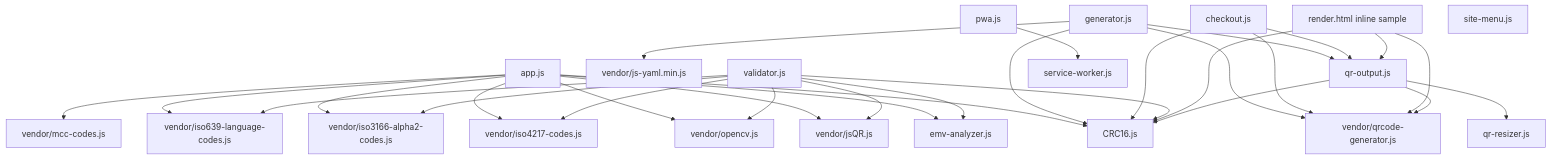
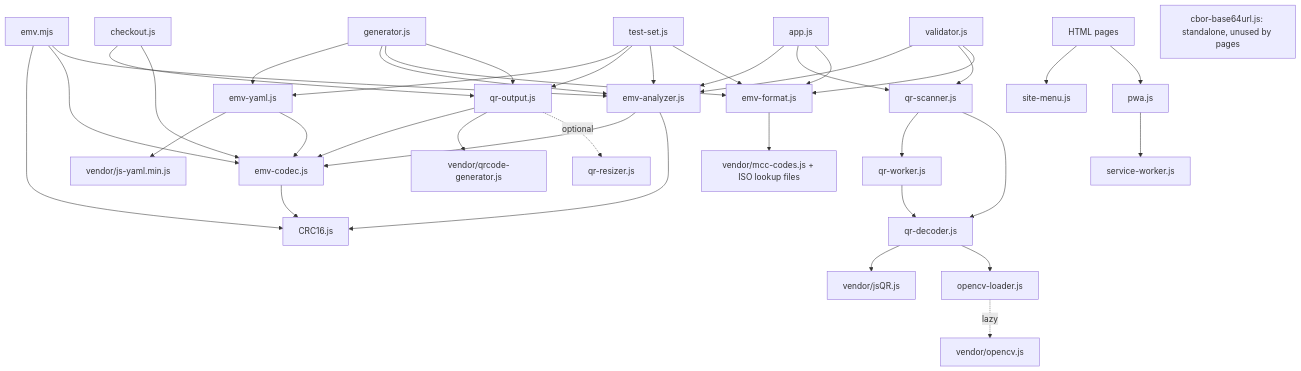
One commit to tontg/merchant-presented-qr changed the diagram in README.md. Above: the diagram before and after it, drawn with Mermaid. The commit also changed other lines of this file and 62 other files, not shown here.

````diff
--- a/README.md
+++ b/README.md
@@ -376,40 +510,41 @@
 ```mermaid
 graph TD
-  app["app.js"] --> analyzer["emv-analyzer.js"]
-  app --> crc["CRC16.js"]
-  app --> jsqr["vendor/jsQR.js"]
-  app --> opencv["vendor/opencv.js"]
-  app --> mcc["vendor/mcc-codes.js"]
-  app --> iso4217["vendor/iso4217-codes.js"]
-  app --> iso3166["vendor/iso3166-alpha2-codes.js"]
-  app --> iso639["vendor/iso639-language-codes.js"]
-
-  generator["generator.js"] --> yaml["vendor/js-yaml.min.js"]
-  generator --> renderapi["qr-output.js"]
-  generator --> crc
-  generator --> qrgen["vendor/qrcode-generator.js"]
-
-  checkout["checkout.js"] --> renderapi
-  checkout --> crc
-  checkout --> qrgen
-
-  validator["validator.js"] --> analyzer
-  validator --> crc
-  validator --> jsqr
-  validator --> opencv
-  validator --> iso4217
-  validator --> iso3166
-  validator --> iso639
-
-  renderpage["render.html inline sample"] --> renderapi
-  renderpage --> crc
-  renderpage --> qrgen
-
-  renderapi --> crc
-  renderapi --> qrgen
-  renderapi --> resize["qr-resizer.js"]
-
-  pwa["pwa.js"] --> sw["service-worker.js"]
-
-  menu["site-menu.js"]
+  API["emv.mjs"] --> CRC["CRC16.js"]
+  API --> CODEC["emv-codec.js"]
+  API --> ANALYZE["emv-analyzer.js"]
+  CODEC --> CRC
+  ANALYZE --> CODEC
+  ANALYZE --> CRC
+  PARSER["app.js"] --> ANALYZE
+  PARSER --> SCAN["qr-scanner.js"]
+  PARSER --> FORMAT["emv-format.js"]
+  VALIDATOR["validator.js"] --> ANALYZE
+  VALIDATOR --> SCAN
+  VALIDATOR --> FORMAT
+  SCAN --> WORKER["qr-worker.js"]
+  SCAN --> DECODE["qr-decoder.js"]
+  WORKER --> DECODE
+  DECODE --> JSQR["vendor/jsQR.js"]
+  DECODE --> LOADER["opencv-loader.js"]
+  LOADER -. lazy .-> CV["vendor/opencv.js"]
+  GENERATOR["generator.js"] --> YAML["emv-yaml.js"]
+  GENERATOR --> ANALYZE
+  GENERATOR --> FORMAT
+  YAML --> JSYAML["vendor/js-yaml.min.js"]
+  YAML --> CODEC
+  GENERATOR --> OUTPUT["qr-output.js"]
+  CHECKOUT["checkout.js"] --> OUTPUT
+  CHECKOUT --> CODEC
+  TESTSET["test-set.js"] --> YAML
+  TESTSET --> OUTPUT
+  TESTSET --> ANALYZE
+  TESTSET --> FORMAT
+  OUTPUT --> CODEC
+  OUTPUT --> QR["vendor/qrcode-generator.js"]
+  OUTPUT -. optional .-> RESIZE["qr-resizer.js"]
+  FORMAT --> DATA["vendor/mcc-codes.js + ISO lookup files"]
+  PAGES["HTML pages"] --> MENU["site-menu.js"]
+  PAGES --> PWA["pwa.js"]
+  PWA --> SW["service-worker.js"]
+  CBOR["cbor-base64url.js: standalone, unused by pages"]
 ```
````
